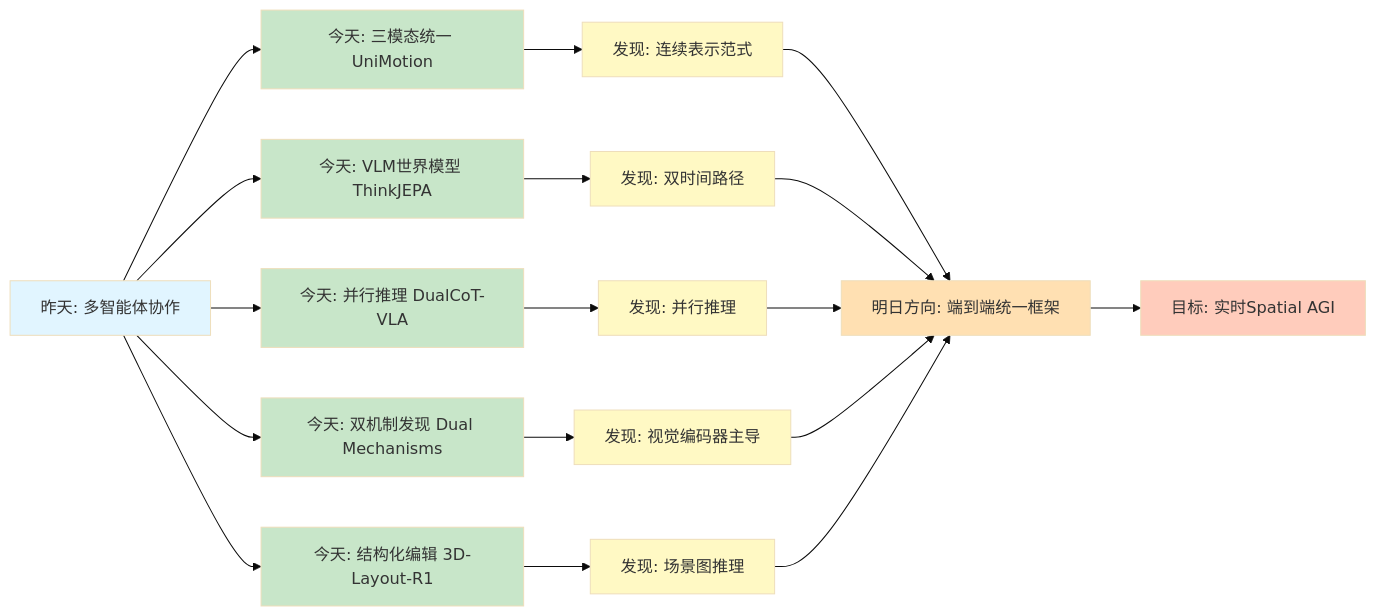
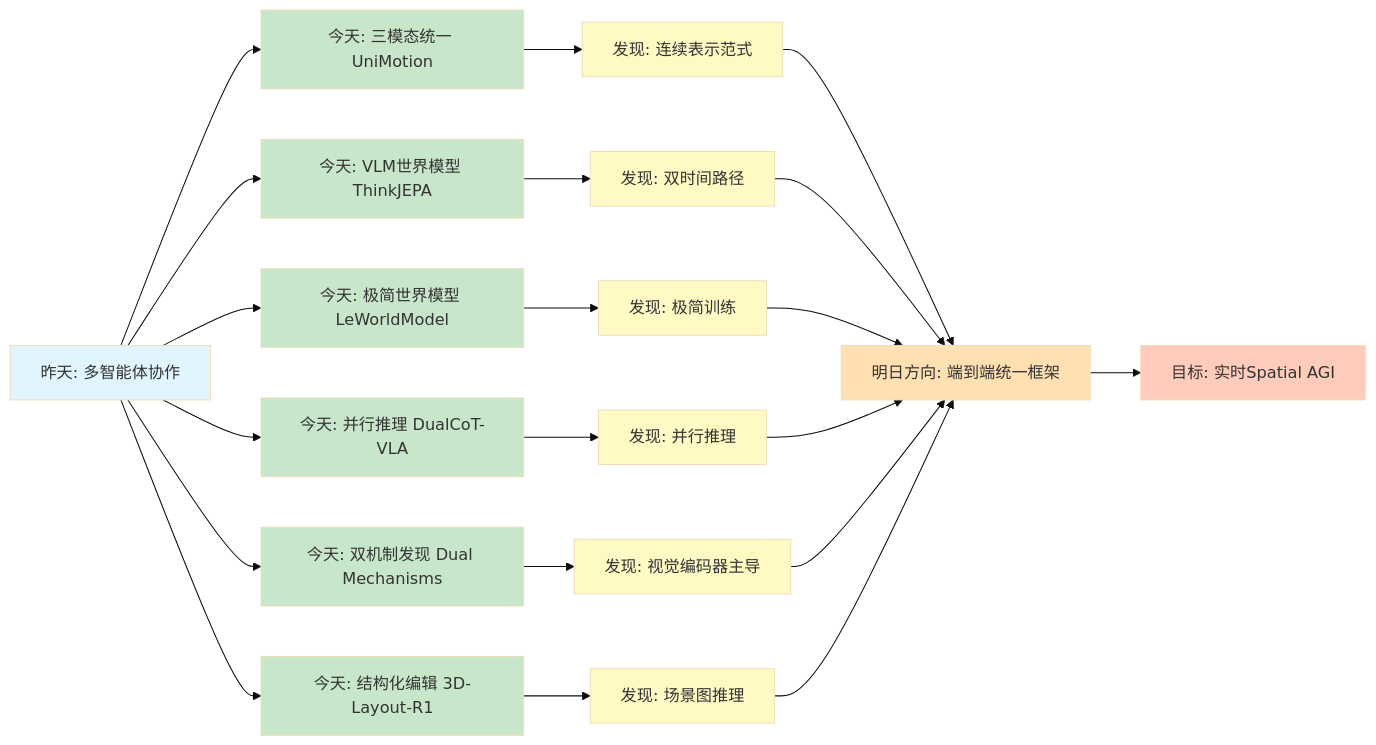
The first of 3 diagrams in daily_thinking/2026-03-25.md (ahangchen/spatial_agi), drawn with Mermaid (base theme) before and after one commit. The commit also changed other lines of this file and 2 other files, not shown here.

First line of the commit message:
feat: 添加LeWorldModel论文分析，更新今日思考至6篇论文

````diff
--- a/daily_thinking/2026-03-25.md
+++ b/daily_thinking/2026-03-25.md
@@ -105,36 +107,41 @@
 ```mermaid
 graph LR
     A[昨天: 多智能体协作] --> B[今天: 三模态统一 UniMotion]
     A --> C[今天: VLM世界模型 ThinkJEPA]
+    A --> C2[今天: 极简世界模型 LeWorldModel]
     A --> D[今天: 并行推理 DualCoT-VLA]
     A --> E[今天: 双机制发现 Dual Mechanisms]
     A --> F[今天: 结构化编辑 3D-Layout-R1]
-    
+
     B --> G[发现: 连续表示范式]
     C --> H[发现: 双时间路径]
+    C2 --> H2[发现: 极简训练]
     D --> I[发现: 并行推理]
     E --> J[发现: 视觉编码器主导]
     F --> K[发现: 场景图推理]
-    
+
     G --> L[明日方向: 端到端统一框架]
     H --> L
+    H2 --> L
     I --> L
     J --> L
     K --> L
-    
+
     L --> M[目标: 实时Spatial AGI]
-    
+
     style A fill:#e1f5ff
     style B fill:#c8e6c9
     style C fill:#c8e6c9
+    style C2 fill:#c8e6c9
     style D fill:#c8e6c9
     style E fill:#c8e6c9
     style F fill:#c8e6c9
     style G fill:#fff9c4
     style H fill:#fff9c4
+    style H2 fill:#fff9c4
     style I fill:#fff9c4
     style J fill:#fff9c4
     style K fill:#fff9c4
     style L fill:#ffe0b2
     style M fill:#ffccbc
 ```
````
